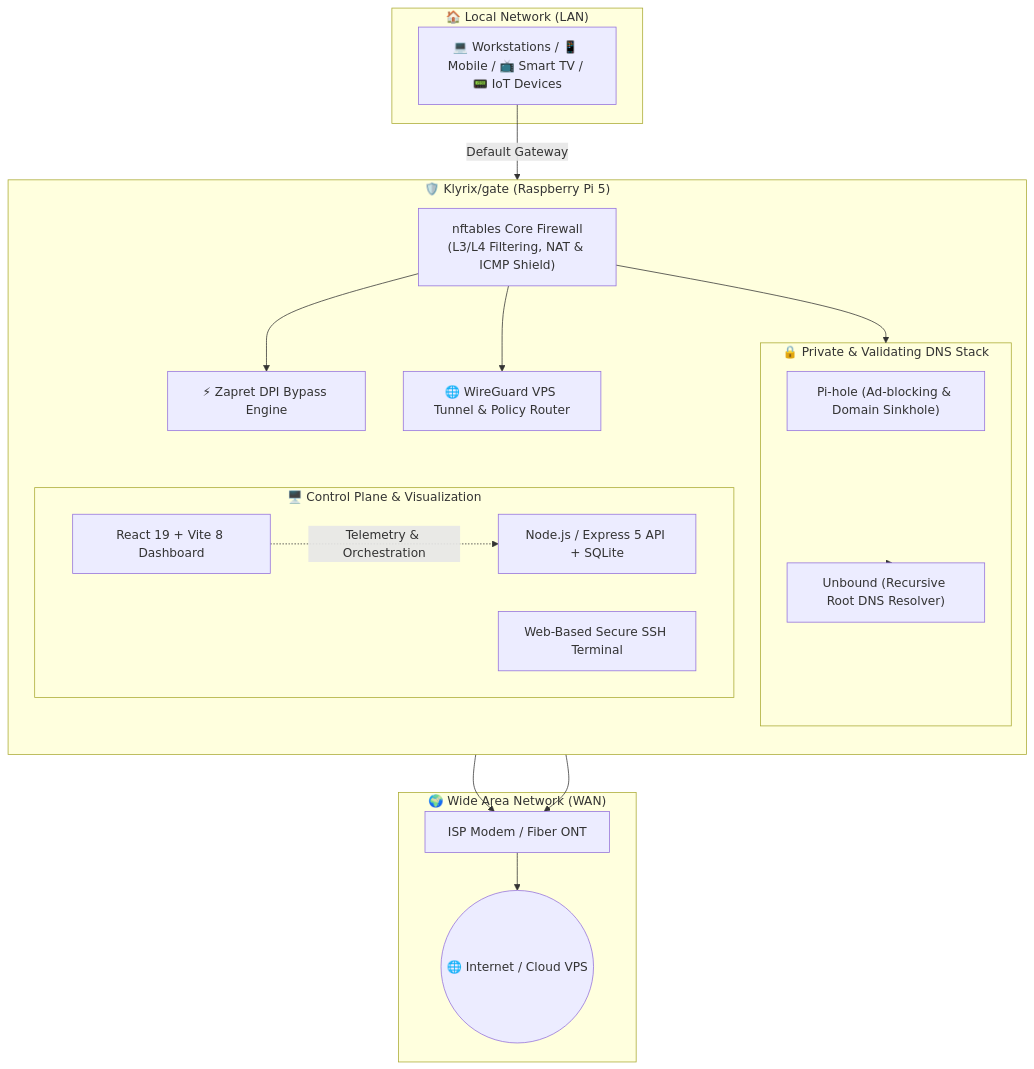
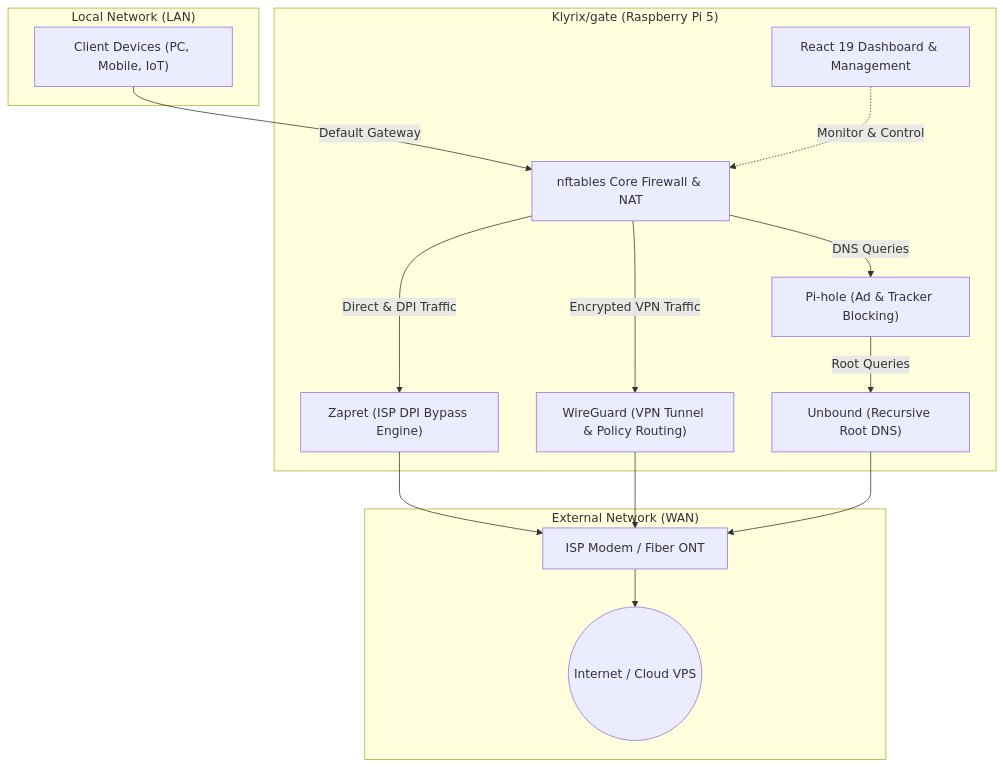
Before and after one commit to Ea2601/Pi5: the diagram in README.md, drawn with Mermaid. The commit also changed 1 other file, not shown here.

Commit message:
fix(docs): resolve Mermaid syntax issue for GitHub markdown renderer

````diff
--- a/README.md
+++ b/README.md
@@ -71,40 +71,31 @@
 ```mermaid
 flowchart TD
-    subgraph LAN["🏠 Local Network (LAN)"]
-        CLIENTS["💻 Workstations / 📱 Mobile / 📺 Smart TV / 📟 IoT Devices"]
+    subgraph LAN["Local Network (LAN)"]
+        CLIENTS["Client Devices (PC, Mobile, IoT)"]
     end
 
-    subgraph GATEWAY["🛡️ Klyrix/gate (Raspberry Pi 5)"]
-        direction TB
-        NFT["nftables Core Firewall<br/>(L3/L4 Filtering, NAT & ICMP Shield)"]
-        
-        subgraph DNS_STACK["🔒 Private & Validating DNS Stack"]
-            PIHOLE["Pi-hole (Ad-blocking & Domain Sinkhole)"]
-            UNBOUND["Unbound (Recursive Root DNS Resolver)"]
-        end
-        
-        ZAPRET["⚡ Zapret DPI Bypass Engine"]
-        WG["🌐 WireGuard VPS Tunnel & Policy Router"]
-        
-        subgraph CONTROL["🖥️ Control Plane & Visualization"]
-            BACKEND["Node.js / Express 5 API + SQLite"]
-            UI["React 19 + Vite 8 Dashboard"]
-            TERMINAL["Web-Based Secure SSH Terminal"]
-        end
+    subgraph GATEWAY["Klyrix/gate (Raspberry Pi 5)"]
+        NFT["nftables Core Firewall & NAT"]
+        PIHOLE["Pi-hole (Ad & Tracker Blocking)"]
+        UNBOUND["Unbound (Recursive Root DNS)"]
+        ZAPRET["Zapret (ISP DPI Bypass Engine)"]
+        WG["WireGuard (VPN Tunnel & Policy Routing)"]
+        UI["React 19 Dashboard & Management"]
     end
 
-    subgraph WAN["🌍 Wide Area Network (WAN)"]
+    subgraph WAN["External Network (WAN)"]
         MODEM["ISP Modem / Fiber ONT"]
-        INTERNET(("🌐 Internet / Cloud VPS"))
+        INTERNET(("Internet / Cloud VPS"))
     end
 
     CLIENTS -->|Default Gateway| NFT
-    NFT --> DNS_STACK
-    DNS_STACK --> UNBOUND
-    NFT --> ZAPRET
-    NFT --> WG
+    NFT -->|DNS Queries| PIHOLE
+    PIHOLE -->|Root Queries| UNBOUND
+    NFT -->|Direct & DPI Traffic| ZAPRET
+    NFT -->|Encrypted VPN Traffic| WG
+    ZAPRET --> MODEM
     WG --> MODEM
-    ZAPRET --> MODEM
+    UNBOUND --> MODEM
     MODEM --> INTERNET
-    UI -.->|Telemetry & Orchestration| BACKEND
+    UI -.->|Monitor & Control| NFT
 ```
````
